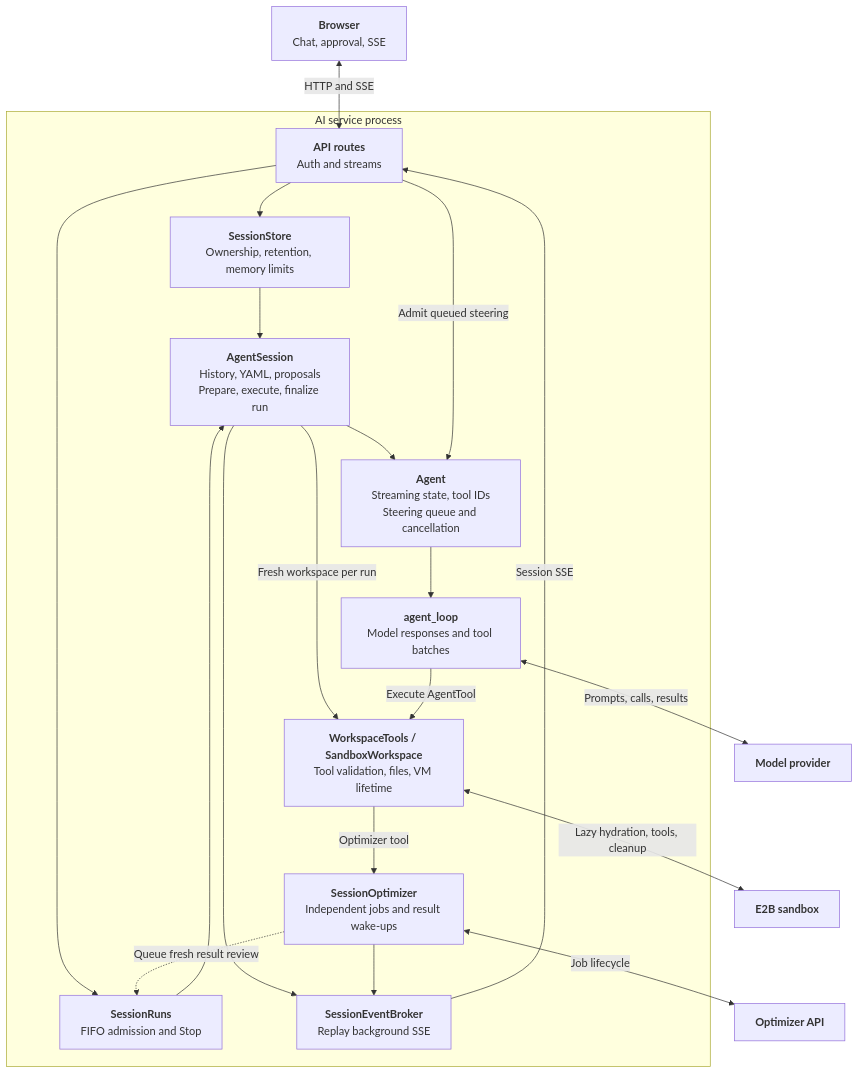
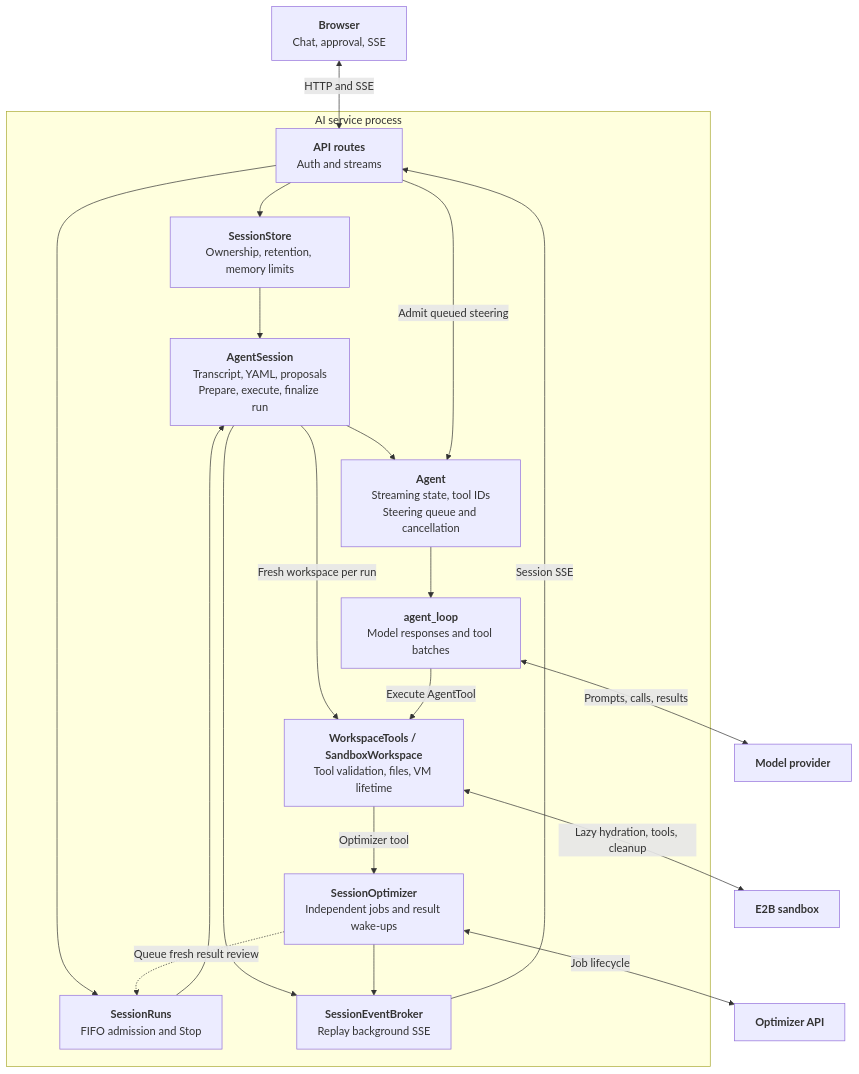
The second of 7 diagrams in docs/content/developer-guide/ai-assistant.md (j3soon/nurse-scheduling), drawn with Mermaid before and after one commit. The commit also changed other lines of this file and 1 other file, not shown here.

````diff
--- a/docs/content/developer-guide/ai-assistant.md
+++ b/docs/content/developer-guide/ai-assistant.md
@@ -90,37 +90,37 @@
 ```mermaid
 flowchart TB
     Browser[<b>Browser</b><br/>Chat, approval, SSE]
 
     subgraph Service[AI service process]
         Routes[<b>API routes</b><br/>Auth and streams]
         Store[<b>SessionStore</b><br/>Ownership, retention, memory limits]
         Queue[<b>SessionRuns</b><br/>FIFO admission and Stop]
-        Session[<b>AgentSession</b><br/>History, YAML, proposals<br/>Prepare, execute, finalize run]
+        Session[<b>AgentSession</b><br/>Transcript, YAML, proposals<br/>Prepare, execute, finalize run]
         Agent[<b>Agent</b><br/>Streaming state, tool IDs<br/>Steering queue and cancellation]
         Loop[<b>agent_loop</b><br/>Model responses and tool batches]
         Workspace[<b>WorkspaceTools / SandboxWorkspace</b><br/>Tool validation, files, VM lifetime]
         Jobs[<b>SessionOptimizer</b><br/>Independent jobs and result wake-ups]
         Events[<b>SessionEventBroker</b><br/>Replay background SSE]
 
         Routes --> Store --> Session
         Routes --> Queue --> Session
         Session -->|Fresh workspace per run| Workspace
         Session --> Agent --> Loop
         Routes -->|Admit queued steering| Agent
         Loop -->|Execute AgentTool| Workspace
         Workspace -->|Optimizer tool| Jobs
         Jobs -.->|Queue fresh result review| Queue
         Session --> Events
         Jobs --> Events
         Events -->|Session SSE| Routes
     end
 
     Provider[<b>Model provider</b>]
     E2B[<b>E2B sandbox</b>]
     Optimizer[<b>Optimizer API</b>]
 
     Browser <-->|HTTP and SSE| Routes
     Loop <-->|Prompts, calls, results| Provider
     Workspace <-->|Lazy hydration, tools, cleanup| E2B
     Jobs <-->|Job lifecycle| Optimizer
 ```
````
